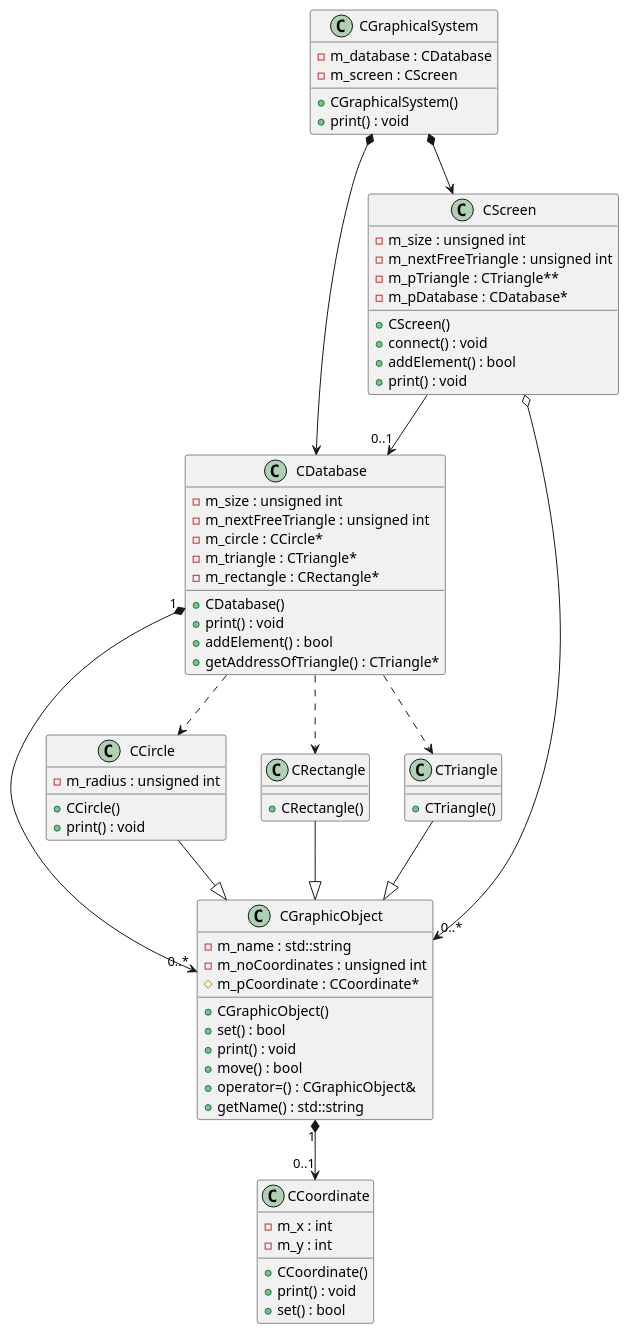
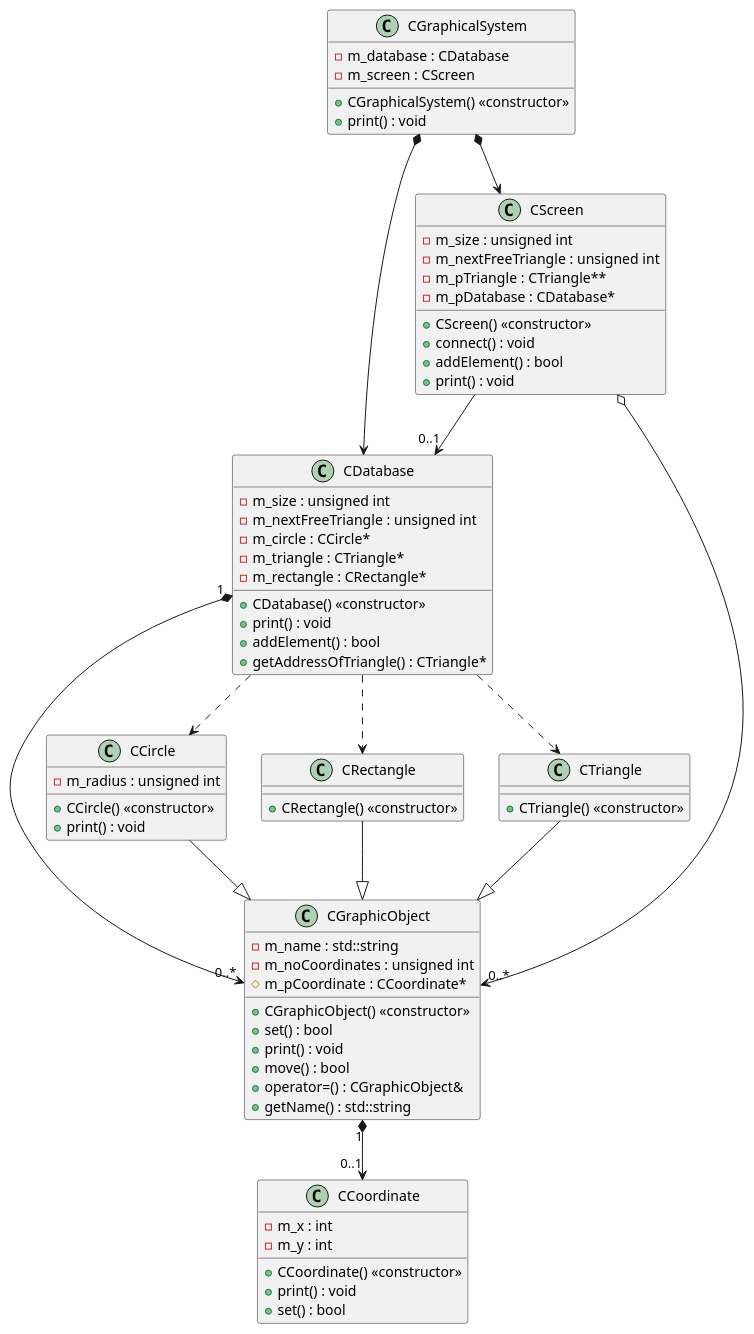
One commit to Alexander-Wilms/Advanced-Programming-Techniques changed diagram 23 of 42 in UML diagrams.md. Above: the diagram before and after it, drawn with PlantUML. The commit also changed other lines of this file and 35 other files, not shown here.

Commit message:
Further work on 'UML diagrams.md'

````diff
--- a/UML diagrams.md
+++ b/UML diagrams.md
@@ -1123,82 +1148,82 @@
 ```plantuml
 @startuml
 class CGraphicalSystem {
  	- m_database : CDatabase
  	- m_screen : CScreen
 
- 	+ CGraphicalSystem()
+ 	+ CGraphicalSystem() <<constructor>>
  	+ print() : void
 }
 class CDatabase {
  	- m_size : unsigned int
  	- m_nextFreeTriangle : unsigned int
 	- m_circle : CCircle*
 	- m_triangle : CTriangle*
 	- m_rectangle : CRectangle*
 
- 	+ CDatabase()
+ 	+ CDatabase() <<constructor>>
  	+ print() : void
  	+ addElement() : bool
  	+ getAddressOfTriangle() : CTriangle* 
 }
 class CScreen {
  	- m_size : unsigned int
  	- m_nextFreeTriangle : unsigned int
  	- m_pTriangle : CTriangle** 
  	- m_pDatabase : CDatabase*
 
- 	+ CScreen()
+ 	+ CScreen() <<constructor>>
  	+ connect() : void
  	+ addElement() : bool
  	+ print() : void
 }
 class CGraphicObject {
  	- m_name : std::string
  	- m_noCoordinates : unsigned int
  	# m_pCoordinate : CCoordinate* 
 
- 	+ CGraphicObject()
+ 	+ CGraphicObject() <<constructor>>
  	+ set() : bool
  	+ print() : void
  	+ move() : bool
  	+ operator=() : CGraphicObject& 
  	+ getName() : std::string
 }
 class CCircle {
  	- m_radius : unsigned int
- 	+ CCircle()
+ 	+ CCircle() <<constructor>>
  	+ print() : void
 }
 class CRectangle {
- 	+ CRectangle()
+ 	+ CRectangle() <<constructor>>
 }
 class CTriangle {
- 	+ CTriangle()
+ 	+ CTriangle() <<constructor>>
 }
 class CCoordinate {
  	- m_x : int
  	- m_y : int
 
- 	+ CCoordinate()
+ 	+ CCoordinate() <<constructor>>
  	+ print() : void
  	+ set() : bool
 }
 
 CGraphicalSystem *--> CDatabase
 CGraphicalSystem *--> CScreen
 CScreen -->"0..1" CDatabase
 
 CDatabase ..> CTriangle
 CDatabase ..> CRectangle
 CDatabase ..> CCircle
 CDatabase "1"*-->"0..*" CGraphicObject
 
 CScreen o-->"0..*" CGraphicObject
 
 CTriangle --|> CGraphicObject
 CRectangle --|> CGraphicObject
 CCircle --|> CGraphicObject
 
 CGraphicObject "1"*-->"0..1" CCoordinate
 @enduml
 ```
````
